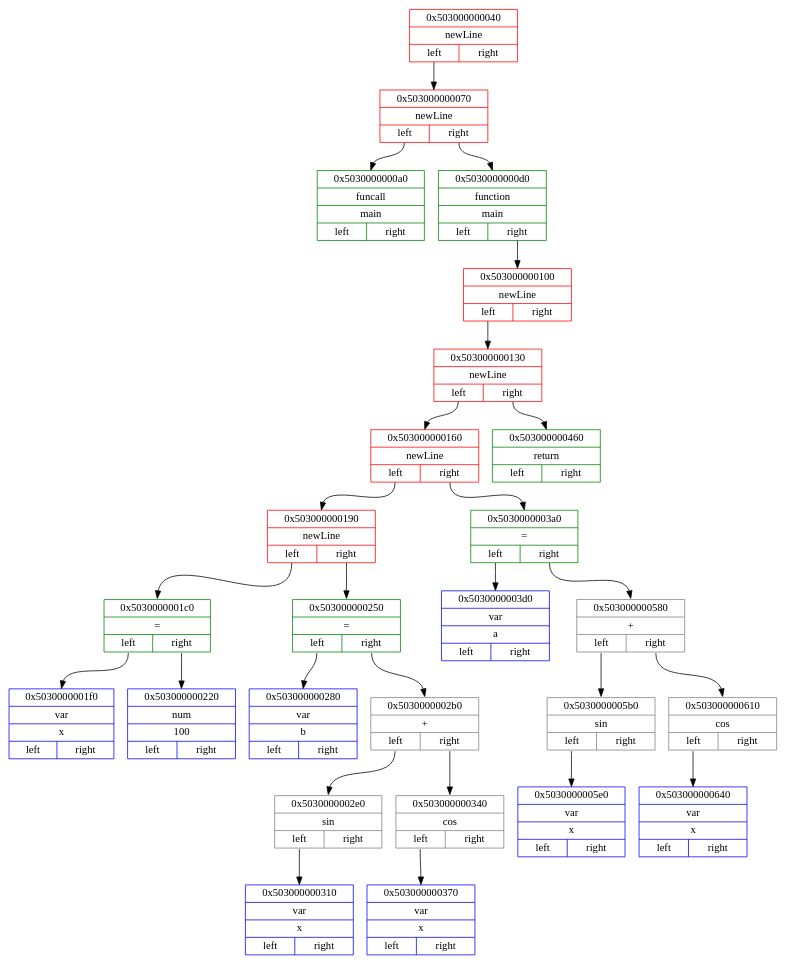
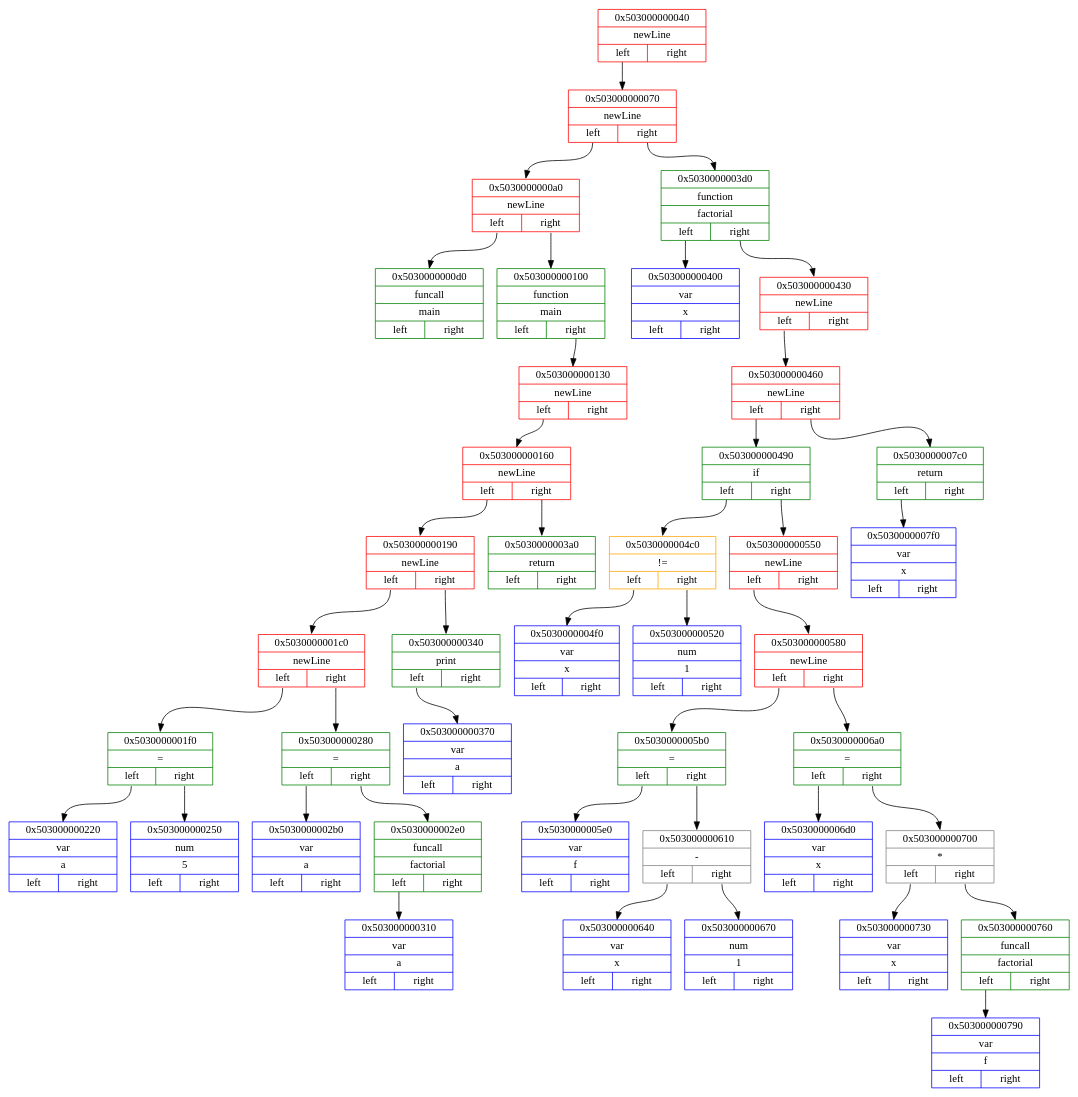
The diagram in dot_files/middlendDotFile.dot (Matvey787/myProgLanguage), drawn with Graphviz before and after one commit. The commit also changed 62 other files, not shown here.

```diff
--- a/dot_files/middlendDotFile.dot
+++ b/dot_files/middlendDotFile.dot
@@ -4,53 +4,85 @@
 
 node0x503000000040 [ shape=record, color = red rank = 1, label= "{ 0x503000000040 | newLine |         {<n0x503000000040_l> left | <n0x503000000040_r> right}} " ];
 node0x503000000070 [ shape=record, color = red rank = 2, label= "{ 0x503000000070 | newLine |         {<n0x503000000070_l> left | <n0x503000000070_r> right}} " ];
-node0x5030000000a0 [ shape=record, color = green rank = 3, label= "{ 0x5030000000a0 | funcall | main |         {<n0x5030000000a0_l> left | <n0x5030000000a0_r> right}} " ];
-node0x503000000070:<n0x503000000070_l>:s -> node0x5030000000a0:n [ color = black; ]
-node0x5030000000d0 [ shape=record, color = green rank = 4, label= "{ 0x5030000000d0 | function | main |         {<n0x5030000000d0_l> left | <n0x5030000000d0_r> right}} " ];
-node0x503000000100 [ shape=record, color = red rank = 5, label= "{ 0x503000000100 | newLine |         {<n0x503000000100_l> left | <n0x503000000100_r> right}} " ];
+node0x5030000000a0 [ shape=record, color = red rank = 3, label= "{ 0x5030000000a0 | newLine |         {<n0x5030000000a0_l> left | <n0x5030000000a0_r> right}} " ];
+node0x5030000000d0 [ shape=record, color = green rank = 4, label= "{ 0x5030000000d0 | funcall | main |         {<n0x5030000000d0_l> left | <n0x5030000000d0_r> right}} " ];
+node0x5030000000a0:<n0x5030000000a0_l>:s -> node0x5030000000d0:n [ color = black; ]
+node0x503000000100 [ shape=record, color = green rank = 5, label= "{ 0x503000000100 | function | main |         {<n0x503000000100_l> left | <n0x503000000100_r> right}} " ];
 node0x503000000130 [ shape=record, color = red rank = 6, label= "{ 0x503000000130 | newLine |         {<n0x503000000130_l> left | <n0x503000000130_r> right}} " ];
 node0x503000000160 [ shape=record, color = red rank = 7, label= "{ 0x503000000160 | newLine |         {<n0x503000000160_l> left | <n0x503000000160_r> right}} " ];
 node0x503000000190 [ shape=record, color = red rank = 8, label= "{ 0x503000000190 | newLine |         {<n0x503000000190_l> left | <n0x503000000190_r> right}} " ];
-node0x5030000001c0 [ shape=record, color = green rank = 9, label= "{ 0x5030000001c0 | = |         {<n0x5030000001c0_l> left | <n0x5030000001c0_r> right}} " ];
-node0x5030000001f0 [ shape=record, color = blue rank = 10, label= "{ 0x5030000001f0 | var | x |         {<n0x5030000001f0_l> left | <n0x5030000001f0_r> right}} " ];
+node0x5030000001c0 [ shape=record, color = red rank = 9, label= "{ 0x5030000001c0 | newLine |         {<n0x5030000001c0_l> left | <n0x5030000001c0_r> right}} " ];
+node0x5030000001f0 [ shape=record, color = green rank = 10, label= "{ 0x5030000001f0 | = |         {<n0x5030000001f0_l> left | <n0x5030000001f0_r> right}} " ];
+node0x503000000220 [ shape=record, color = blue rank = 11, label= "{ 0x503000000220 | var | a |         {<n0x503000000220_l> left | <n0x503000000220_r> right}} " ];
+node0x5030000001f0:<n0x5030000001f0_l>:s -> node0x503000000220:n [ color = black; ]
+node0x503000000250 [ shape=record, color = blue rank = 12, label= "{ 0x503000000250 | num | 5 |         {<n0x503000000250_l> left | <n0x503000000250_r> right}} " ];
+node0x5030000001f0:<n0x5030000001f0_r>:s -> node0x503000000250:n [ color = black; ]
 node0x5030000001c0:<n0x5030000001c0_l>:s -> node0x5030000001f0:n [ color = black; ]
-node0x503000000220 [ shape=record, color = blue rank = 11, label= "{ 0x503000000220 | num | 100 |         {<n0x503000000220_l> left | <n0x503000000220_r> right}} " ];
-node0x5030000001c0:<n0x5030000001c0_r>:s -> node0x503000000220:n [ color = black; ]
+node0x503000000280 [ shape=record, color = green rank = 11, label= "{ 0x503000000280 | = |         {<n0x503000000280_l> left | <n0x503000000280_r> right}} " ];
+node0x5030000002b0 [ shape=record, color = blue rank = 12, label= "{ 0x5030000002b0 | var | a |         {<n0x5030000002b0_l> left | <n0x5030000002b0_r> right}} " ];
+node0x503000000280:<n0x503000000280_l>:s -> node0x5030000002b0:n [ color = black; ]
+node0x5030000002e0 [ shape=record, color = green rank = 13, label= "{ 0x5030000002e0 | funcall | factorial |         {<n0x5030000002e0_l> left | <n0x5030000002e0_r> right}} " ];
+node0x503000000310 [ shape=record, color = blue rank = 14, label= "{ 0x503000000310 | var | a |         {<n0x503000000310_l> left | <n0x503000000310_r> right}} " ];
+node0x5030000002e0:<n0x5030000002e0_l>:s -> node0x503000000310:n [ color = black; ]
+node0x503000000280:<n0x503000000280_r>:s -> node0x5030000002e0:n [ color = black; ]
+node0x5030000001c0:<n0x5030000001c0_r>:s -> node0x503000000280:n [ color = black; ]
 node0x503000000190:<n0x503000000190_l>:s -> node0x5030000001c0:n [ color = black; ]
-node0x503000000250 [ shape=record, color = green rank = 10, label= "{ 0x503000000250 | = |         {<n0x503000000250_l> left | <n0x503000000250_r> right}} " ];
-node0x503000000280 [ shape=record, color = blue rank = 11, label= "{ 0x503000000280 | var | b |         {<n0x503000000280_l> left | <n0x503000000280_r> right}} " ];
-node0x503000000250:<n0x503000000250_l>:s -> node0x503000000280:n [ color = black; ]
-node0x5030000002b0 [ shape=record, color = grey rank = 12, label= "{ 0x5030000002b0 | + |         {<n0x5030000002b0_l> left | <n0x5030000002b0_r> right}} " ];
-node0x5030000002e0 [ shape=record, color = grey rank = 13, label= "{ 0x5030000002e0 | sin |         {<n0x5030000002e0_l> left | <n0x5030000002e0_r> right}} " ];
-node0x503000000310 [ shape=record, color = blue rank = 14, label= "{ 0x503000000310 | var | x |         {<n0x503000000310_l> left | <n0x503000000310_r> right}} " ];
-node0x5030000002e0:<n0x5030000002e0_l>:s -> node0x503000000310:n [ color = black; ]
-node0x5030000002b0:<n0x5030000002b0_l>:s -> node0x5030000002e0:n [ color = black; ]
-node0x503000000340 [ shape=record, color = grey rank = 14, label= "{ 0x503000000340 | cos |         {<n0x503000000340_l> left | <n0x503000000340_r> right}} " ];
-node0x503000000370 [ shape=record, color = blue rank = 15, label= "{ 0x503000000370 | var | x |         {<n0x503000000370_l> left | <n0x503000000370_r> right}} " ];
+node0x503000000340 [ shape=record, color = green rank = 10, label= "{ 0x503000000340 | print |         {<n0x503000000340_l> left | <n0x503000000340_r> right}} " ];
+node0x503000000370 [ shape=record, color = blue rank = 11, label= "{ 0x503000000370 | var | a |         {<n0x503000000370_l> left | <n0x503000000370_r> right}} " ];
 node0x503000000340:<n0x503000000340_l>:s -> node0x503000000370:n [ color = black; ]
-node0x5030000002b0:<n0x5030000002b0_r>:s -> node0x503000000340:n [ color = black; ]
-node0x503000000250:<n0x503000000250_r>:s -> node0x5030000002b0:n [ color = black; ]
-node0x503000000190:<n0x503000000190_r>:s -> node0x503000000250:n [ color = black; ]
+node0x503000000190:<n0x503000000190_r>:s -> node0x503000000340:n [ color = black; ]
 node0x503000000160:<n0x503000000160_l>:s -> node0x503000000190:n [ color = black; ]
-node0x5030000003a0 [ shape=record, color = green rank = 9, label= "{ 0x5030000003a0 | = |         {<n0x5030000003a0_l> left | <n0x5030000003a0_r> right}} " ];
-node0x5030000003d0 [ shape=record, color = blue rank = 10, label= "{ 0x5030000003d0 | var | a |         {<n0x5030000003d0_l> left | <n0x5030000003d0_r> right}} " ];
-node0x5030000003a0:<n0x5030000003a0_l>:s -> node0x5030000003d0:n [ color = black; ]
-node0x503000000580 [ shape=record, color = grey rank = 11, label= "{ 0x503000000580 | + |         {<n0x503000000580_l> left | <n0x503000000580_r> right}} " ];
-node0x5030000005b0 [ shape=record, color = grey rank = 12, label= "{ 0x5030000005b0 | sin |         {<n0x5030000005b0_l> left | <n0x5030000005b0_r> right}} " ];
-node0x5030000005e0 [ shape=record, color = blue rank = 13, label= "{ 0x5030000005e0 | var | x |         {<n0x5030000005e0_l> left | <n0x5030000005e0_r> right}} " ];
-node0x5030000005b0:<n0x5030000005b0_l>:s -> node0x5030000005e0:n [ color = black; ]
-node0x503000000580:<n0x503000000580_l>:s -> node0x5030000005b0:n [ color = black; ]
-node0x503000000610 [ shape=record, color = grey rank = 13, label= "{ 0x503000000610 | cos |         {<n0x503000000610_l> left | <n0x503000000610_r> right}} " ];
-node0x503000000640 [ shape=record, color = blue rank = 14, label= "{ 0x503000000640 | var | x |         {<n0x503000000640_l> left | <n0x503000000640_r> right}} " ];
-node0x503000000610:<n0x503000000610_l>:s -> node0x503000000640:n [ color = black; ]
-node0x503000000580:<n0x503000000580_r>:s -> node0x503000000610:n [ color = black; ]
-node0x5030000003a0:<n0x5030000003a0_r>:s -> node0x503000000580:n [ color = black; ]
+node0x5030000003a0 [ shape=record, color = green rank = 9, label= "{ 0x5030000003a0 | return |         {<n0x5030000003a0_l> left | <n0x5030000003a0_r> right}} " ];
 node0x503000000160:<n0x503000000160_r>:s -> node0x5030000003a0:n [ color = black; ]
 node0x503000000130:<n0x503000000130_l>:s -> node0x503000000160:n [ color = black; ]
-node0x503000000460 [ shape=record, color = green rank = 8, label= "{ 0x503000000460 | return |         {<n0x503000000460_l> left | <n0x503000000460_r> right}} " ];
-node0x503000000130:<n0x503000000130_r>:s -> node0x503000000460:n [ color = black; ]
-node0x503000000100:<n0x503000000100_l>:s -> node0x503000000130:n [ color = black; ]
-node0x5030000000d0:<n0x5030000000d0_r>:s -> node0x503000000100:n [ color = black; ]
-node0x503000000070:<n0x503000000070_r>:s -> node0x5030000000d0:n [ color = black; ]
+node0x503000000100:<n0x503000000100_r>:s -> node0x503000000130:n [ color = black; ]
+node0x5030000000a0:<n0x5030000000a0_r>:s -> node0x503000000100:n [ color = black; ]
+node0x503000000070:<n0x503000000070_l>:s -> node0x5030000000a0:n [ color = black; ]
+node0x5030000003d0 [ shape=record, color = green rank = 4, label= "{ 0x5030000003d0 | function | factorial |         {<n0x5030000003d0_l> left | <n0x5030000003d0_r> right}} " ];
+node0x503000000400 [ shape=record, color = blue rank = 5, label= "{ 0x503000000400 | var | x |         {<n0x503000000400_l> left | <n0x503000000400_r> right}} " ];
+node0x5030000003d0:<n0x5030000003d0_l>:s -> node0x503000000400:n [ color = black; ]
+node0x503000000430 [ shape=record, color = red rank = 6, label= "{ 0x503000000430 | newLine |         {<n0x503000000430_l> left | <n0x503000000430_r> right}} " ];
+node0x503000000460 [ shape=record, color = red rank = 7, label= "{ 0x503000000460 | newLine |         {<n0x503000000460_l> left | <n0x503000000460_r> right}} " ];
+node0x503000000490 [ shape=record, color = green rank = 8, label= "{ 0x503000000490 | if |         {<n0x503000000490_l> left | <n0x503000000490_r> right}} " ];
+node0x5030000004c0 [ shape=record, color = orange rank = 9, label= "{ 0x5030000004c0 | != |         {<n0x5030000004c0_l> left | <n0x5030000004c0_r> right}} " ];
+node0x5030000004f0 [ shape=record, color = blue rank = 10, label= "{ 0x5030000004f0 | var | x |         {<n0x5030000004f0_l> left | <n0x5030000004f0_r> right}} " ];
+node0x5030000004c0:<n0x5030000004c0_l>:s -> node0x5030000004f0:n [ color = black; ]
+node0x503000000520 [ shape=record, color = blue rank = 11, label= "{ 0x503000000520 | num | 1 |         {<n0x503000000520_l> left | <n0x503000000520_r> right}} " ];
+node0x5030000004c0:<n0x5030000004c0_r>:s -> node0x503000000520:n [ color = black; ]
+node0x503000000490:<n0x503000000490_l>:s -> node0x5030000004c0:n [ color = black; ]
+node0x503000000550 [ shape=record, color = red rank = 10, label= "{ 0x503000000550 | newLine |         {<n0x503000000550_l> left | <n0x503000000550_r> right}} " ];
+node0x503000000580 [ shape=record, color = red rank = 11, label= "{ 0x503000000580 | newLine |         {<n0x503000000580_l> left | <n0x503000000580_r> right}} " ];
+node0x5030000005b0 [ shape=record, color = green rank = 12, label= "{ 0x5030000005b0 | = |         {<n0x5030000005b0_l> left | <n0x5030000005b0_r> right}} " ];
+node0x5030000005e0 [ shape=record, color = blue rank = 13, label= "{ 0x5030000005e0 | var | f |         {<n0x5030000005e0_l> left | <n0x5030000005e0_r> right}} " ];
+node0x5030000005b0:<n0x5030000005b0_l>:s -> node0x5030000005e0:n [ color = black; ]
+node0x503000000610 [ shape=record, color = grey rank = 14, label= "{ 0x503000000610 | - |         {<n0x503000000610_l> left | <n0x503000000610_r> right}} " ];
+node0x503000000640 [ shape=record, color = blue rank = 15, label= "{ 0x503000000640 | var | x |         {<n0x503000000640_l> left | <n0x503000000640_r> right}} " ];
+node0x503000000610:<n0x503000000610_l>:s -> node0x503000000640:n [ color = black; ]
+node0x503000000670 [ shape=record, color = blue rank = 16, label= "{ 0x503000000670 | num | 1 |         {<n0x503000000670_l> left | <n0x503000000670_r> right}} " ];
+node0x503000000610:<n0x503000000610_r>:s -> node0x503000000670:n [ color = black; ]
+node0x5030000005b0:<n0x5030000005b0_r>:s -> node0x503000000610:n [ color = black; ]
+node0x503000000580:<n0x503000000580_l>:s -> node0x5030000005b0:n [ color = black; ]
+node0x5030000006a0 [ shape=record, color = green rank = 13, label= "{ 0x5030000006a0 | = |         {<n0x5030000006a0_l> left | <n0x5030000006a0_r> right}} " ];
+node0x5030000006d0 [ shape=record, color = blue rank = 14, label= "{ 0x5030000006d0 | var | x |         {<n0x5030000006d0_l> left | <n0x5030000006d0_r> right}} " ];
+node0x5030000006a0:<n0x5030000006a0_l>:s -> node0x5030000006d0:n [ color = black; ]
+node0x503000000700 [ shape=record, color = grey rank = 15, label= "{ 0x503000000700 | * |         {<n0x503000000700_l> left | <n0x503000000700_r> right}} " ];
+node0x503000000730 [ shape=record, color = blue rank = 16, label= "{ 0x503000000730 | var | x |         {<n0x503000000730_l> left | <n0x503000000730_r> right}} " ];
+node0x503000000700:<n0x503000000700_l>:s -> node0x503000000730:n [ color = black; ]
+node0x503000000760 [ shape=record, color = green rank = 17, label= "{ 0x503000000760 | funcall | factorial |         {<n0x503000000760_l> left | <n0x503000000760_r> right}} " ];
+node0x503000000790 [ shape=record, color = blue rank = 18, label= "{ 0x503000000790 | var | f |         {<n0x503000000790_l> left | <n0x503000000790_r> right}} " ];
+node0x503000000760:<n0x503000000760_l>:s -> node0x503000000790:n [ color = black; ]
+node0x503000000700:<n0x503000000700_r>:s -> node0x503000000760:n [ color = black; ]
+node0x5030000006a0:<n0x5030000006a0_r>:s -> node0x503000000700:n [ color = black; ]
+node0x503000000580:<n0x503000000580_r>:s -> node0x5030000006a0:n [ color = black; ]
+node0x503000000550:<n0x503000000550_l>:s -> node0x503000000580:n [ color = black; ]
+node0x503000000490:<n0x503000000490_r>:s -> node0x503000000550:n [ color = black; ]
+node0x503000000460:<n0x503000000460_l>:s -> node0x503000000490:n [ color = black; ]
+node0x5030000007c0 [ shape=record, color = green rank = 9, label= "{ 0x5030000007c0 | return |         {<n0x5030000007c0_l> left | <n0x5030000007c0_r> right}} " ];
+node0x5030000007f0 [ shape=record, color = blue rank = 10, label= "{ 0x5030000007f0 | var | x |         {<n0x5030000007f0_l> left | <n0x5030000007f0_r> right}} " ];
+node0x5030000007c0:<n0x5030000007c0_l>:s -> node0x5030000007f0:n [ color = black; ]
+node0x503000000460:<n0x503000000460_r>:s -> node0x5030000007c0:n [ color = black; ]
+node0x503000000430:<n0x503000000430_l>:s -> node0x503000000460:n [ color = black; ]
+node0x5030000003d0:<n0x5030000003d0_r>:s -> node0x503000000430:n [ color = black; ]
+node0x503000000070:<n0x503000000070_r>:s -> node0x5030000003d0:n [ color = black; ]
 node0x503000000040:<n0x503000000040_l>:s -> node0x503000000070:n [ color = black; ]
 }
```
